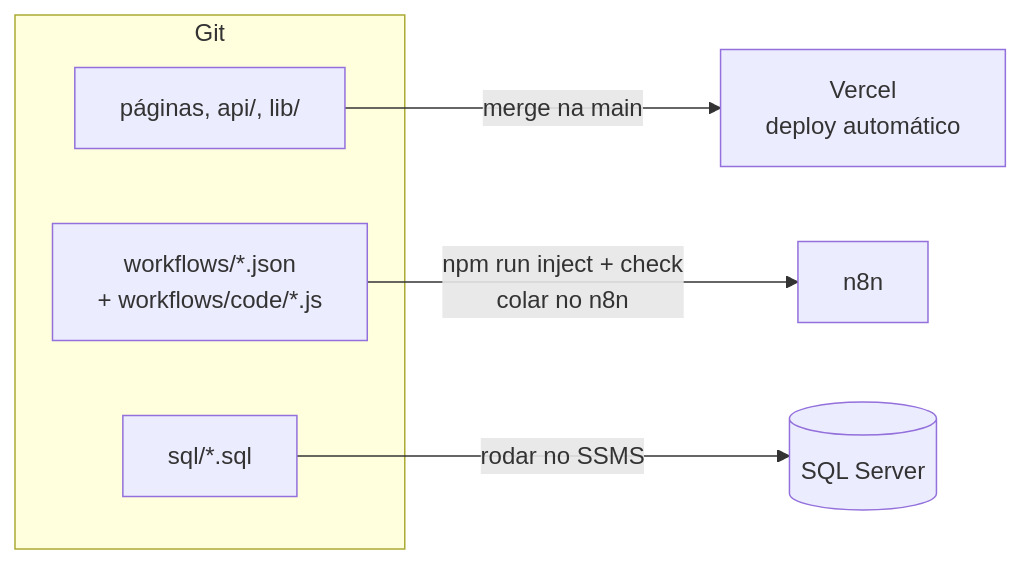
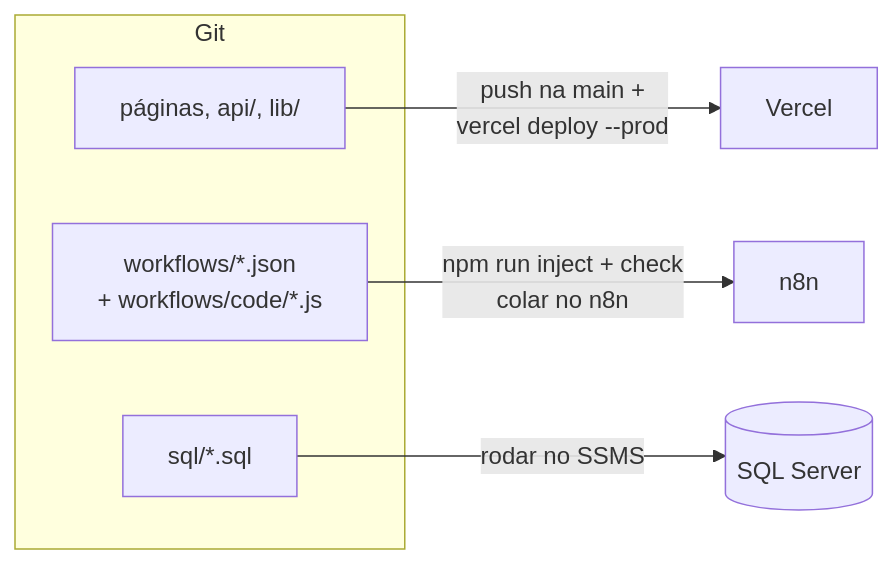
Before and after one commit to clariens/painel-integracao-desbloqueio-CNN-web: the sixth of 6 diagrams in docs/arquitetura.md, drawn with Mermaid. The commit also changed other lines of this file and 91 other files, not shown here.

````diff
--- a/docs/arquitetura.md
+++ b/docs/arquitetura.md
@@ -248,11 +263,11 @@
 ```mermaid
 flowchart LR
     subgraph Repo["Git"]
         F["páginas, api/, lib/"]
         W["workflows/*.json<br/>+ workflows/code/*.js"]
         S["sql/*.sql"]
     end
-    F -- "merge na main" --> V["Vercel<br/>deploy automático"]
+    F -- "push na main +<br/>vercel deploy --prod" --> V["Vercel"]
     W -- "npm run inject + check<br/>colar no n8n" --> N["n8n"]
     S -- "rodar no SSMS" --> B[("SQL Server")]
 ```
````
